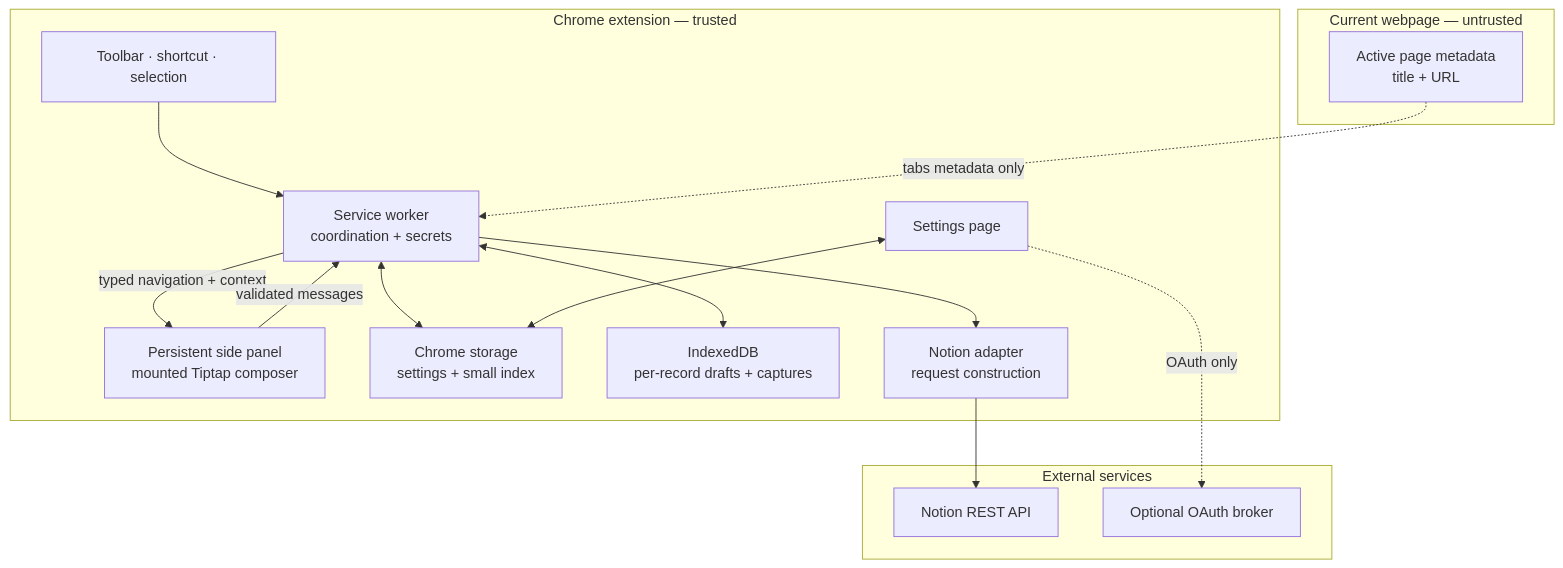
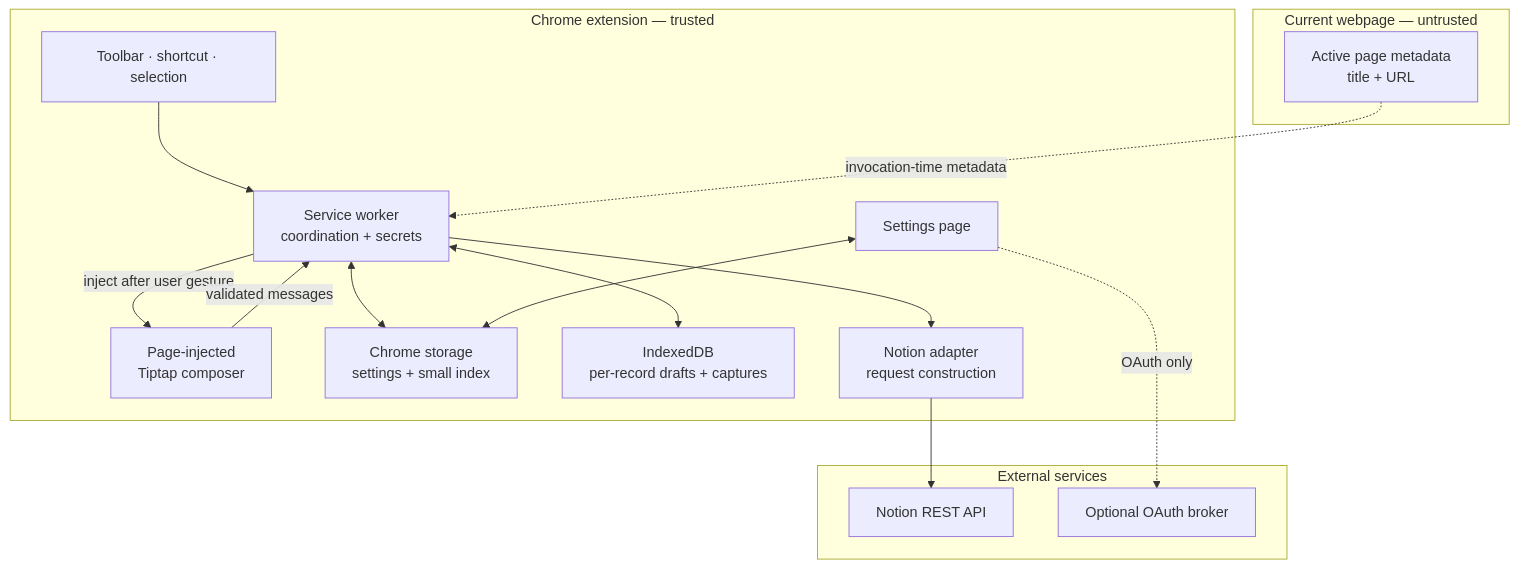
One commit to fantomsuj/notion-quick-note changed the second of 10 diagrams in docs/VISUAL_GUIDE.md. Above: the diagram before and after it, drawn with Mermaid. The commit also changed other lines of this file and 47 other files, not shown here.

Commit message:
Restore in-page composer and add unavailable notifications

````diff
--- a/docs/VISUAL_GUIDE.md
+++ b/docs/VISUAL_GUIDE.md
@@ -23,31 +23,31 @@
 ```mermaid
 flowchart TD
   subgraph Page["Current webpage — untrusted"]
     Context["Active page metadata\ntitle + URL"]
   end
 
   subgraph Extension["Chrome extension — trusted"]
     Trigger["Toolbar · shortcut · selection"]
-    Panel["Persistent side panel\nmounted Tiptap composer"]
+    Composer["Page-injected\nTiptap composer"]
     Worker["Service worker\ncoordination + secrets"]
     Store["Chrome storage\nsettings + small index"]
     CaptureDB["IndexedDB\nper-record drafts + captures"]
     Adapter["Notion adapter\nrequest construction"]
     Settings["Settings page"]
   end
 
   subgraph External["External services"]
     Notion["Notion REST API"]
     Broker["Optional OAuth broker"]
   end
 
   Trigger --> Worker
-  Worker -->|"typed navigation + context"| Panel
-  Panel -->|"validated messages"| Worker
-  Context -. "tabs metadata only" .-> Worker
+  Worker -->|"inject after user gesture"| Composer
+  Composer -->|"validated messages"| Worker
+  Context -. "invocation-time metadata" .-> Worker
   Worker <--> Store
   Worker <--> CaptureDB
   Settings <--> Store
   Settings -. "OAuth only" .-> Broker
   Worker --> Adapter --> Notion
 ```
````
